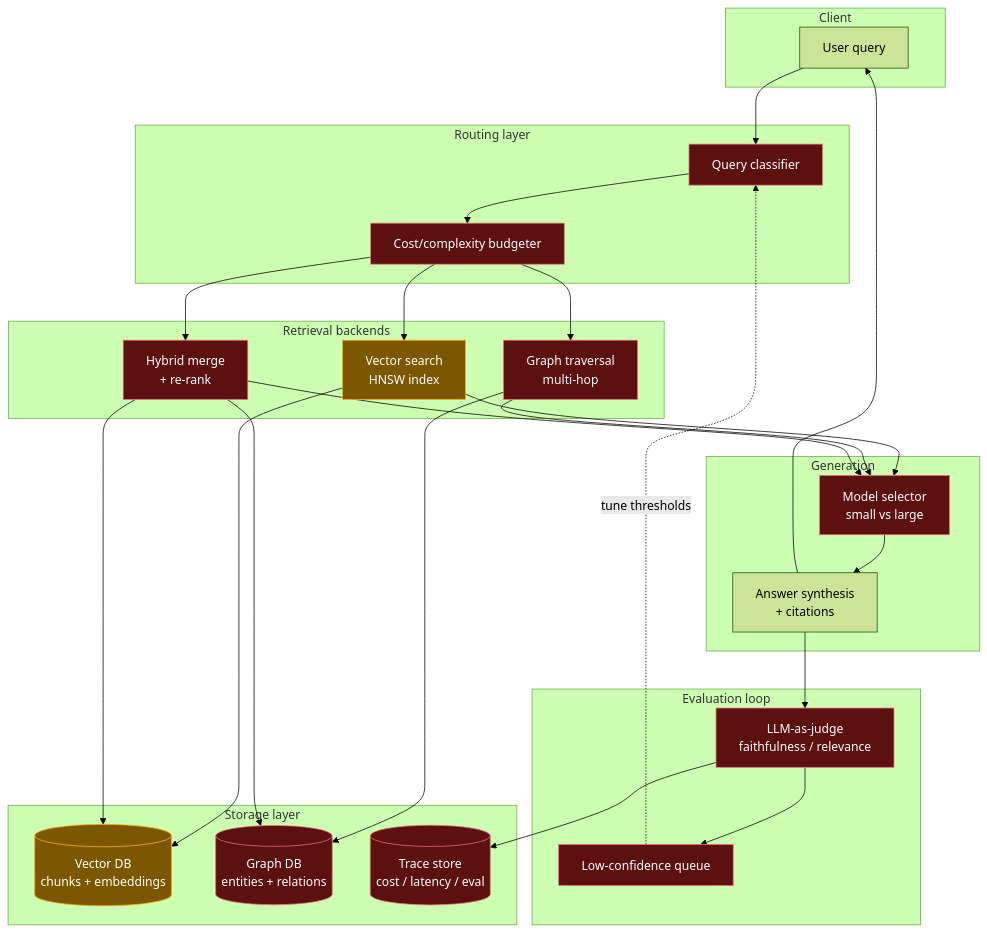
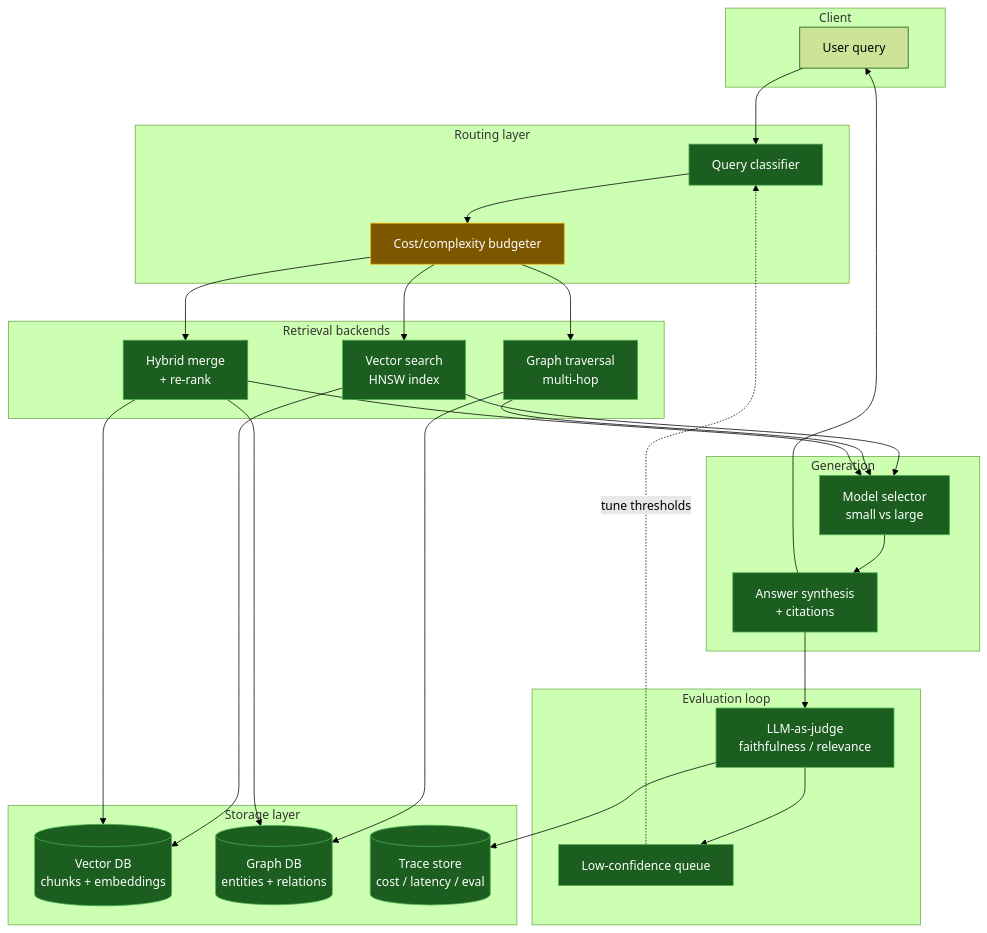
One commit to Om072005/AdaptiveRAG changed the first of 7 diagrams in README.md. Above: the diagram before and after it, drawn with Mermaid (forest theme). The commit also changed other lines of this file, not shown here.

````diff
--- a/README.md
+++ b/README.md
@@ -97,58 +100,58 @@
 ```mermaid
 graph TB
     subgraph Client
         U["User query"]
     end
 
     subgraph Router["Routing layer"]
         QC["Query classifier"]
         CB["Cost/complexity budgeter"]
     end
 
     subgraph Retrieval["Retrieval backends"]
         VS["Vector search<br/>HNSW index"]
         GR["Graph traversal<br/>multi-hop"]
         HY["Hybrid merge<br/>+ re-rank"]
     end
 
     subgraph Storage["Storage layer"]
         VDB[("Vector DB<br/>chunks + embeddings")]
         GDB[("Graph DB<br/>entities + relations")]
         LOG[("Trace store<br/>cost / latency / eval")]
     end
 
     subgraph Generation
         MS["Model selector<br/>small vs large"]
         LLM["Answer synthesis<br/>+ citations"]
     end
 
     subgraph Feedback["Evaluation loop"]
         EV["LLM-as-judge<br/>faithfulness / relevance"]
         LQ["Low-confidence queue"]
     end
 
     U --> QC
     QC --> CB
     CB --> VS
     CB --> GR
     CB --> HY
     VS --> VDB
     GR --> GDB
     HY --> VDB
     HY --> GDB
     VS --> MS
     GR --> MS
     HY --> MS
     MS --> LLM
     LLM --> EV
     EV --> LOG
     EV --> LQ
     LQ -.->|"tune thresholds"| QC
     LLM --> U
 
     classDef done fill:#1b5e20,stroke:#4caf50,color:#fff
     classDef partial fill:#7d5700,stroke:#ffb300,color:#fff
     classDef todo fill:#5c1010,stroke:#e57373,color:#fff
-    class VS,VDB partial
-    class QC,CB,GR,HY,GDB,MS,EV,LQ,LOG todo
+    class QC,VS,GR,HY,VDB,GDB,LOG,MS,LLM,EV,LQ done
+    class CB partial
 ```
````
